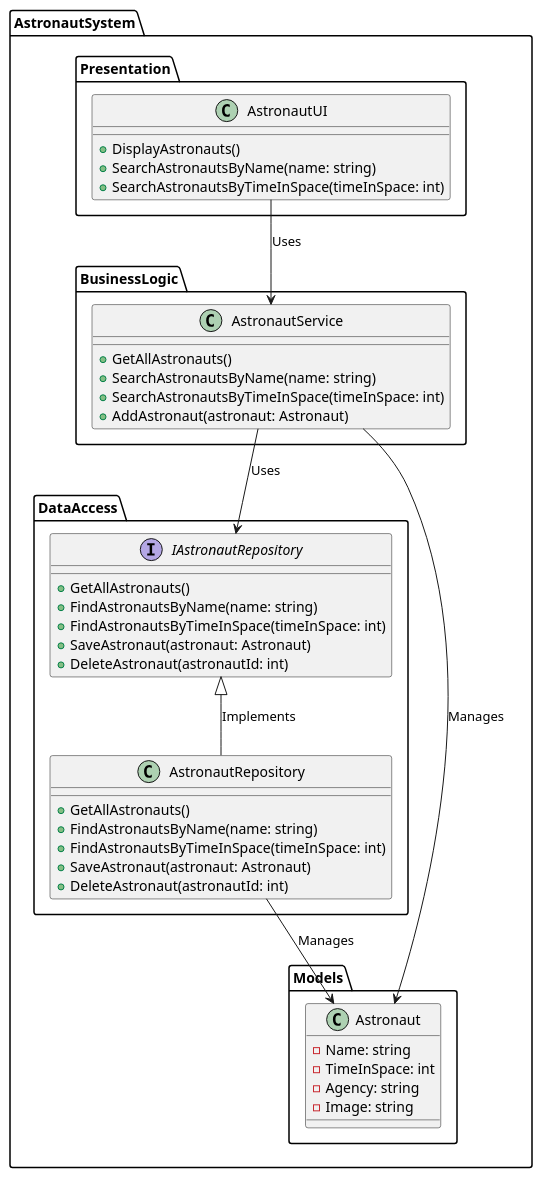
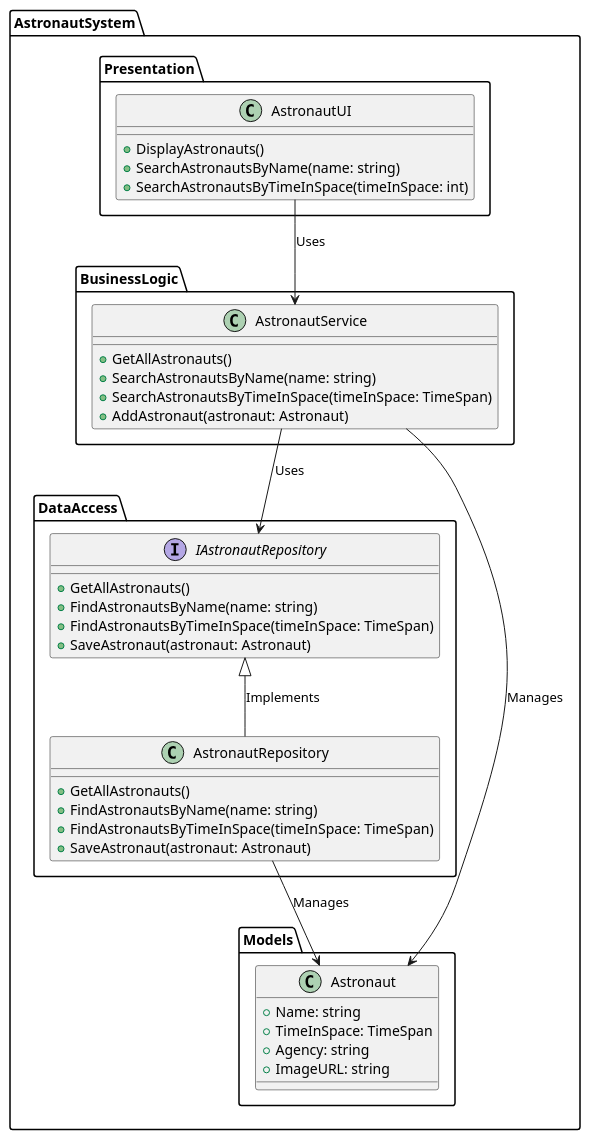
The diagram in slide_server/slides/Week 7/exercise.plantuml (hkirk/ST2ITS2_Material), drawn with PlantUML before and after one commit. The commit also changed 1 other file, not shown here.

```diff
--- a/slide_server/slides/Week 7/exercise.plantuml
+++ b/slide_server/slides/Week 7/exercise.plantuml
@@ -1,56 +1,54 @@
 @startuml
 
 package "AstronautSystem" {
 
     package "Presentation" {
         class AstronautUI {
             + DisplayAstronauts()
             + SearchAstronautsByName(name: string)
             + SearchAstronautsByTimeInSpace(timeInSpace: int)
         }
     }
 
     package "BusinessLogic" {
         class AstronautService {
             + GetAllAstronauts()
             + SearchAstronautsByName(name: string)
-            + SearchAstronautsByTimeInSpace(timeInSpace: int)
+            + SearchAstronautsByTimeInSpace(timeInSpace: TimeSpan)
             + AddAstronaut(astronaut: Astronaut)
         }
     }
 
     package "DataAccess" {
         interface IAstronautRepository {
             + GetAllAstronauts()
             + FindAstronautsByName(name: string)
-            + FindAstronautsByTimeInSpace(timeInSpace: int)
+            + FindAstronautsByTimeInSpace(timeInSpace: TimeSpan)
             + SaveAstronaut(astronaut: Astronaut)
-            + DeleteAstronaut(astronautId: int)
         }
 
         class AstronautRepository {
             + GetAllAstronauts()
             + FindAstronautsByName(name: string)
-            + FindAstronautsByTimeInSpace(timeInSpace: int)
+            + FindAstronautsByTimeInSpace(timeInSpace: TimeSpan)
             + SaveAstronaut(astronaut: Astronaut)
-            + DeleteAstronaut(astronautId: int)
         }
     }
 
     package "Models" {
         class Astronaut {
-            - Name: string
-            - TimeInSpace: int
-            - Agency: string
-            - Image: string
+            + Name: string
+            + TimeInSpace: TimeSpan
+            + Agency: string
+            + ImageURL: string
         }
     }
 
     AstronautUI --> AstronautService : Uses
     AstronautService --> IAstronautRepository : Uses
     IAstronautRepository <|-- AstronautRepository : Implements
     AstronautService --> Astronaut : Manages
     AstronautRepository --> Astronaut : Manages
 }
 
 @enduml
```
